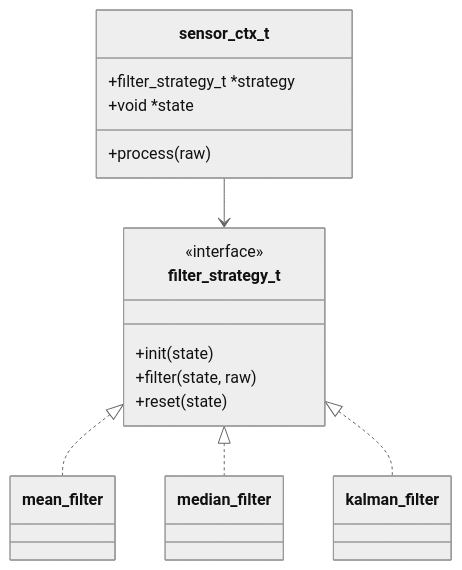
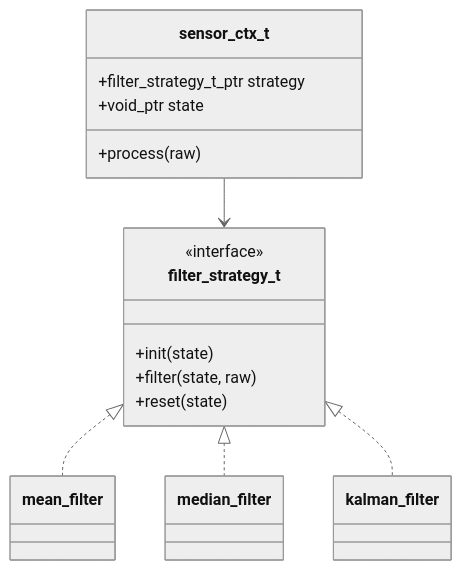
One commit to DeguiLiu/tech-notes changed the first of 2 diagrams in content/posts/pattern/c_strategy_state_pattern.md. Above: the diagram before and after it, drawn with Mermaid (neutral theme).

Commit message:
fix: replace C pointer syntax in Mermaid classDiagram
Mermaid does not support C-style pointer notation (*) in class
member definitions. Use _ptr suffix instead.

````diff
--- a/content/posts/pattern/c_strategy_state_pattern.md
+++ b/content/posts/pattern/c_strategy_state_pattern.md
@@ -177,22 +177,22 @@
 ```mermaid
 classDiagram
     class sensor_ctx_t {
-        +filter_strategy_t *strategy
-        +void *state
+        +filter_strategy_t_ptr strategy
+        +void_ptr state
         +process(raw)
     }
     class filter_strategy_t {
         <<interface>>
         +init(state)
         +filter(state, raw)
         +reset(state)
     }
     class mean_filter
     class median_filter
     class kalman_filter
 
     sensor_ctx_t --> filter_strategy_t
     filter_strategy_t <|.. mean_filter
     filter_strategy_t <|.. median_filter
     filter_strategy_t <|.. kalman_filter
 ```
````
